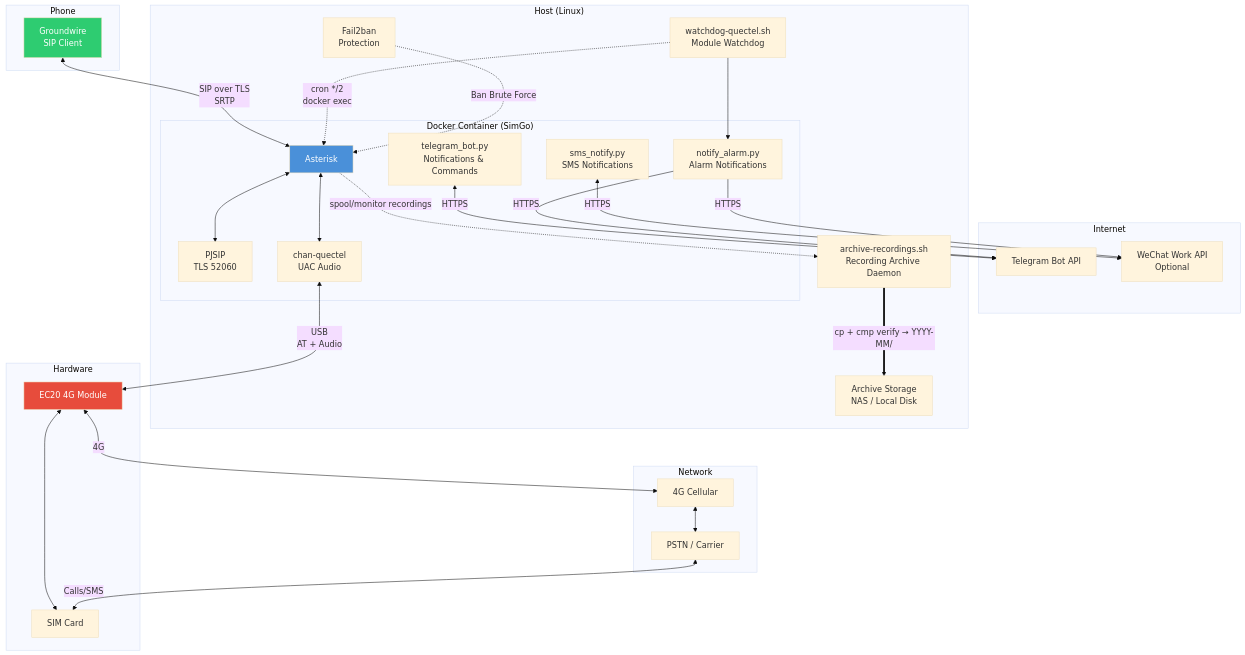
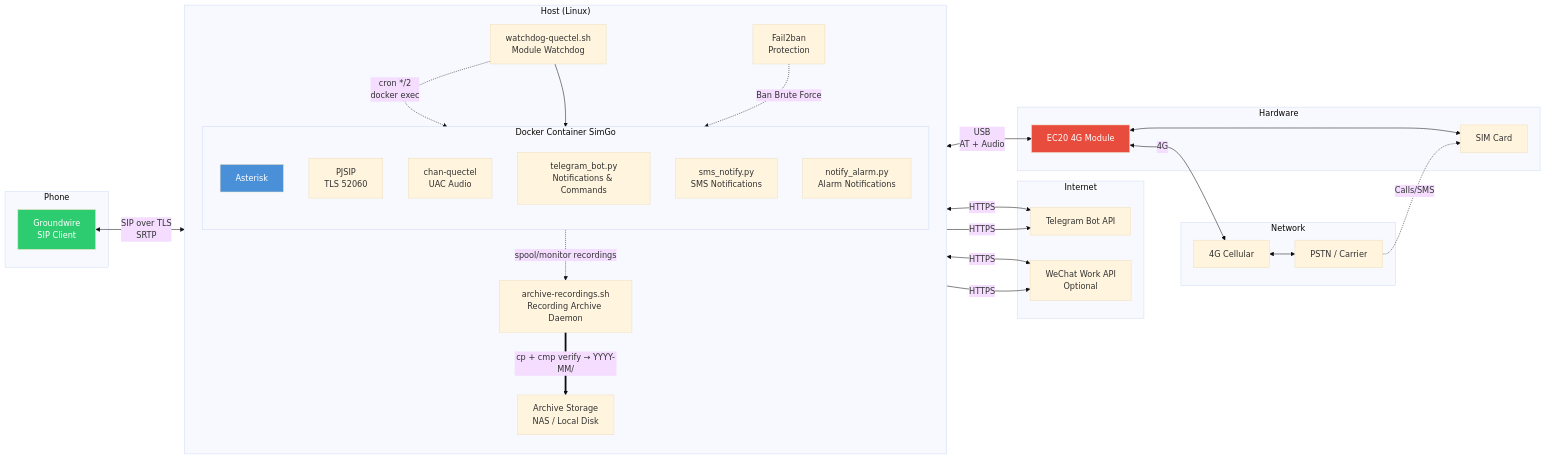
The diagram in README.en.md (myleo1/SimGo), drawn with Mermaid (base theme) before and after one commit. The commit also changed other lines of this file and 1 other file, not shown here.

First line of the commit message:
docs: refresh README architecture, watchdog rationale, structure, image tag

````diff
--- a/README.en.md
+++ b/README.en.md
@@ -55,58 +55,58 @@
 ```mermaid
-graph TB
-    subgraph "Phone"
+graph LR
+    subgraph PHONE["Phone"]
         GW[Groundwire<br/>SIP Client]
     end
 
-    subgraph "Internet"
+    subgraph WEB["Internet"]
         TG[Telegram Bot API]
         WX[WeChat Work API<br/>Optional]
     end
 
-    subgraph "Host (Linux)"
-        subgraph "Docker Container (SimGo)"
+    subgraph HOST["Host (Linux)"]
+        direction TB
+        subgraph CONT["Docker Container SimGo"]
+            direction TB
             AS[Asterisk]
             PS[PJSIP<br/>TLS 52060]
             QC[chan-quectel<br/>UAC Audio]
             BOT[telegram_bot.py<br/>Notifications & Commands]
             SMS[sms_notify.py<br/>SMS Notifications]
             NA[notify_alarm.py<br/>Alarm Notifications]
         end
         F2B[Fail2ban<br/>Protection]
         ARC[archive-recordings.sh<br/>Recording Archive Daemon]
         WD[watchdog-quectel.sh<br/>Module Watchdog]
         NASD[Archive Storage<br/>NAS / Local Disk]
     end
 
-    subgraph "Hardware"
+    subgraph HARD["Hardware"]
         EC20[EC20 4G Module]
         SIM[SIM Card]
     end
 
-    subgraph "Network"
+    subgraph CELL["Network"]
         4G[4G Cellular]
         PSTN[PSTN / Carrier]
     end
 
     GW <-->|"SIP over TLS<br/>SRTP"| AS
-    AS <--> PS
-    AS <--> QC
     BOT <-->|"HTTPS"| TG
     SMS <-->|"HTTPS"| WX
-    WD -.->|"cron */2<br/>docker exec"| AS
-    WD --> NA
     NA -->|"HTTPS"| TG
     NA -->|"HTTPS"| WX
     QC <-->|"USB<br/>AT + Audio"| EC20
     EC20 <--> SIM
     EC20 <-->|"4G"| 4G
     4G <--> PSTN
-    PSTN <-->|"Calls/SMS"| SIM
+    PSTN -.->|"Calls/SMS"| SIM
+    WD -.->|"cron */2<br/>docker exec"| AS
+    WD --> NA
     F2B -.->|"Ban Brute Force"| AS
     AS -.->|"spool/monitor recordings"| ARC
     ARC ==>|"cp + cmp verify → YYYY-MM/"| NASD
 
     style AS fill:#4a90d9,color:#fff
     style EC20 fill:#e74c3c,color:#fff
     style GW fill:#2ecc71,color:#fff
 ```
````
